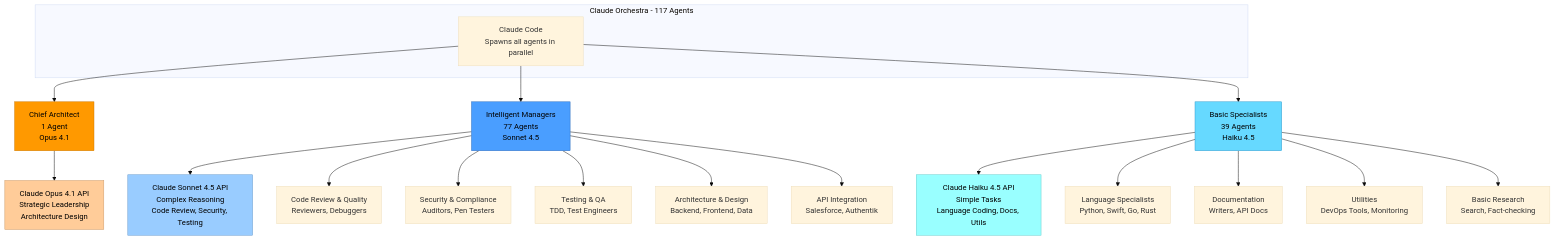
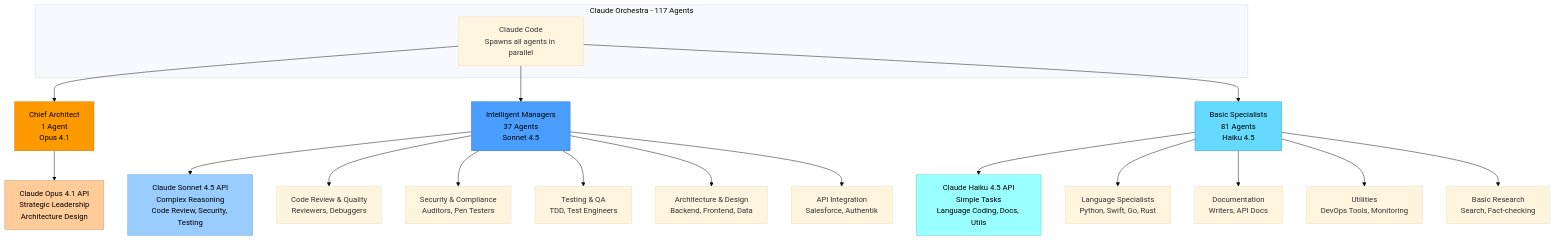
Before and after one commit to visiquate/cco: the fourth of 8 diagrams in docs/ARCHITECTURE_DIAGRAMS.md, drawn with Mermaid (base theme). The commit also changed other lines of this file and 15 other files, not shown here.

````diff
--- a/docs/ARCHITECTURE_DIAGRAMS.md
+++ b/docs/ARCHITECTURE_DIAGRAMS.md
@@ -232,34 +232,34 @@
 ```mermaid
 graph TD
     subgraph "Claude Orchestra - 117 Agents"
         CC[Claude Code<br/>Spawns all agents in parallel]
     end
 
     CC --> OpusAgent[Chief Architect<br/>1 Agent<br/>Opus 4.1]
-    CC --> SonnetAgents[Intelligent Managers<br/>77 Agents<br/>Sonnet 4.5]
-    CC --> HaikuAgents[Basic Specialists<br/>39 Agents<br/>Haiku 4.5]
+    CC --> SonnetAgents[Intelligent Managers<br/>37 Agents<br/>Sonnet 4.5]
+    CC --> HaikuAgents[Basic Specialists<br/>81 Agents<br/>Haiku 4.5]
 
     OpusAgent --> OpusAPI[Claude Opus 4.1 API<br/>Strategic Leadership<br/>Architecture Design]
 
     SonnetAgents --> SonnetAPI[Claude Sonnet 4.5 API<br/>Complex Reasoning<br/>Code Review, Security, Testing]
 
     HaikuAgents --> HaikuAPI[Claude Haiku 4.5 API<br/>Simple Tasks<br/>Language Coding, Docs, Utils]
 
     SonnetAgents --> ReviewGroup[Code Review & Quality<br/>Reviewers, Debuggers]
     SonnetAgents --> SecGroup[Security & Compliance<br/>Auditors, Pen Testers]
     SonnetAgents --> TestGroup[Testing & QA<br/>TDD, Test Engineers]
     SonnetAgents --> ArchGroup[Architecture & Design<br/>Backend, Frontend, Data]
     SonnetAgents --> IntegGroup[API Integration<br/>Salesforce, Authentik]
 
     HaikuAgents --> CoderGroup[Language Specialists<br/>Python, Swift, Go, Rust]
     HaikuAgents --> DocGroup[Documentation<br/>Writers, API Docs]
     HaikuAgents --> UtilGroup[Utilities<br/>DevOps Tools, Monitoring]
     HaikuAgents --> ResGroup[Basic Research<br/>Search, Fact-checking]
 
     style OpusAgent fill:#ff9900,stroke:#cc7700,color:#000
     style SonnetAgents fill:#4a9eff,stroke:#2e6cbb,color:#000
     style HaikuAgents fill:#66d9ff,stroke:#3399cc,color:#000
     style OpusAPI fill:#ffcc99,stroke:#cc9966,color:#000
     style SonnetAPI fill:#99ccff,stroke:#6699cc,color:#000
     style HaikuAPI fill:#99ffff,stroke:#66cccc,color:#000
 ```
````
